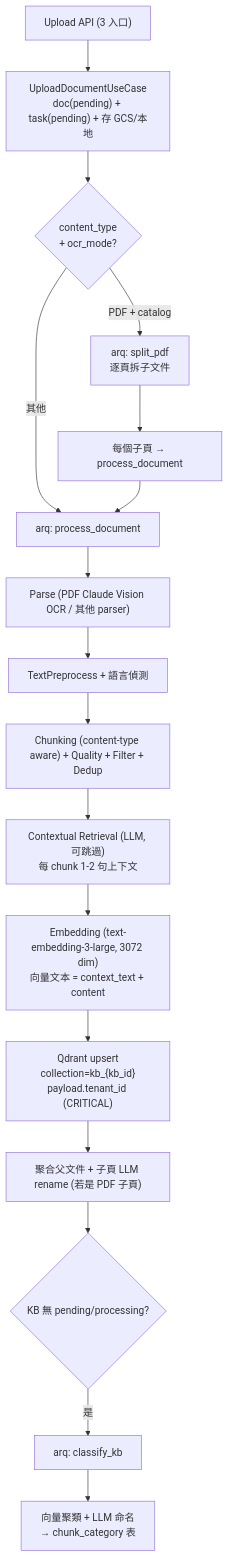
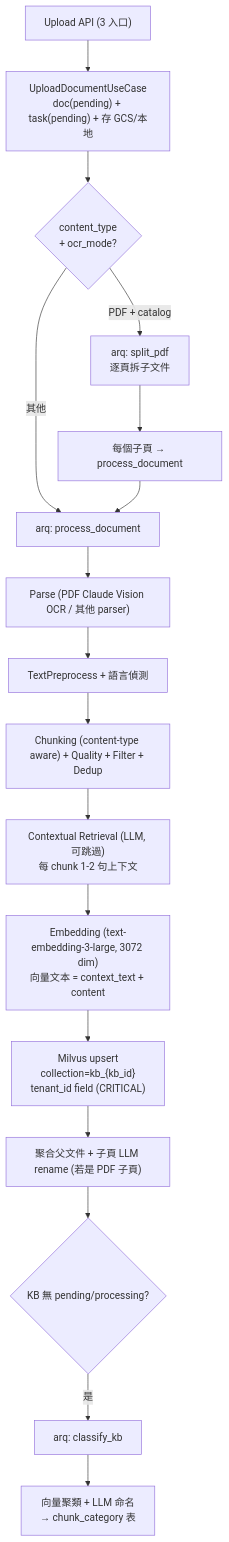
One commit to larry610881/agentic-rag-customer-service changed the first of 2 diagrams in .claude/rules/rag-pipeline.md. Above: the diagram before and after it, drawn with Mermaid. The commit also changed other lines of this file, not shown here.

First line of the commit message:
docs(rules): rag-pipeline.md 全面 Qdrant → Milvus

````diff
--- a/.claude/rules/rag-pipeline.md
+++ b/.claude/rules/rag-pipeline.md
@@ -22,19 +22,19 @@
 ```mermaid
 graph TD
     U["Upload API (3 入口)"] --> UC["UploadDocumentUseCase<br/>doc(pending) + task(pending) + 存 GCS/本地"]
     UC --> EQ{"content_type<br/>+ ocr_mode?"}
     EQ -->|"PDF + catalog"| SP["arq: split_pdf<br/>逐頁拆子文件"]
     EQ -->|"其他"| PD["arq: process_document"]
     SP --> CHILD["每個子頁 → process_document"]
     CHILD --> PD
     PD --> P1["Parse (PDF Claude Vision OCR / 其他 parser)"]
     P1 --> P2["TextPreprocess + 語言偵測"]
     P2 --> P3["Chunking (content-type aware) + Quality + Filter + Dedup"]
     P3 --> P4["Contextual Retrieval (LLM, 可跳過)<br/>每 chunk 1-2 句上下文"]
     P4 --> P5["Embedding (text-embedding-3-large, 3072 dim)<br/>向量文本 = context_text + content"]
-    P5 --> P6["Qdrant upsert<br/>collection=kb_{kb_id}<br/>payload.tenant_id (CRITICAL)"]
+    P5 --> P6["Milvus upsert<br/>collection=kb_{kb_id}<br/>tenant_id field (CRITICAL)"]
     P6 --> P7["聚合父文件 + 子頁 LLM rename (若是 PDF 子頁)"]
     P7 --> TR{"KB 無 pending/processing?"}
     TR -->|"是"| CK["arq: classify_kb"]
     CK --> CAT["向量聚類 + LLM 命名<br/>→ chunk_category 表"]
 ```
````
